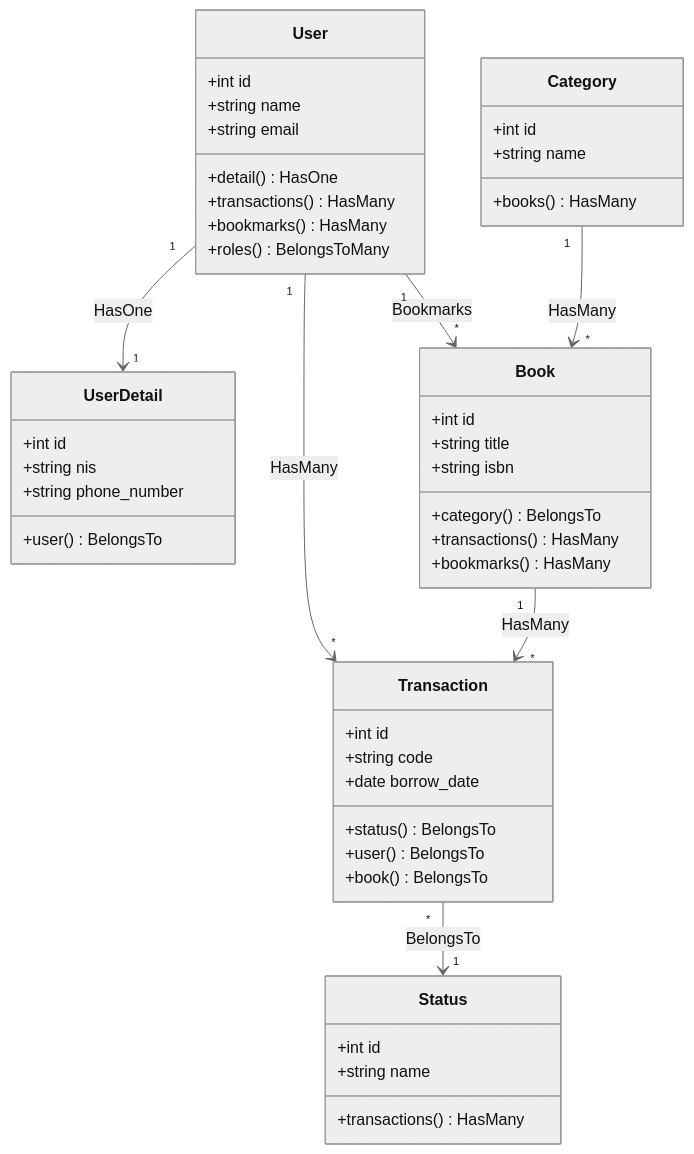
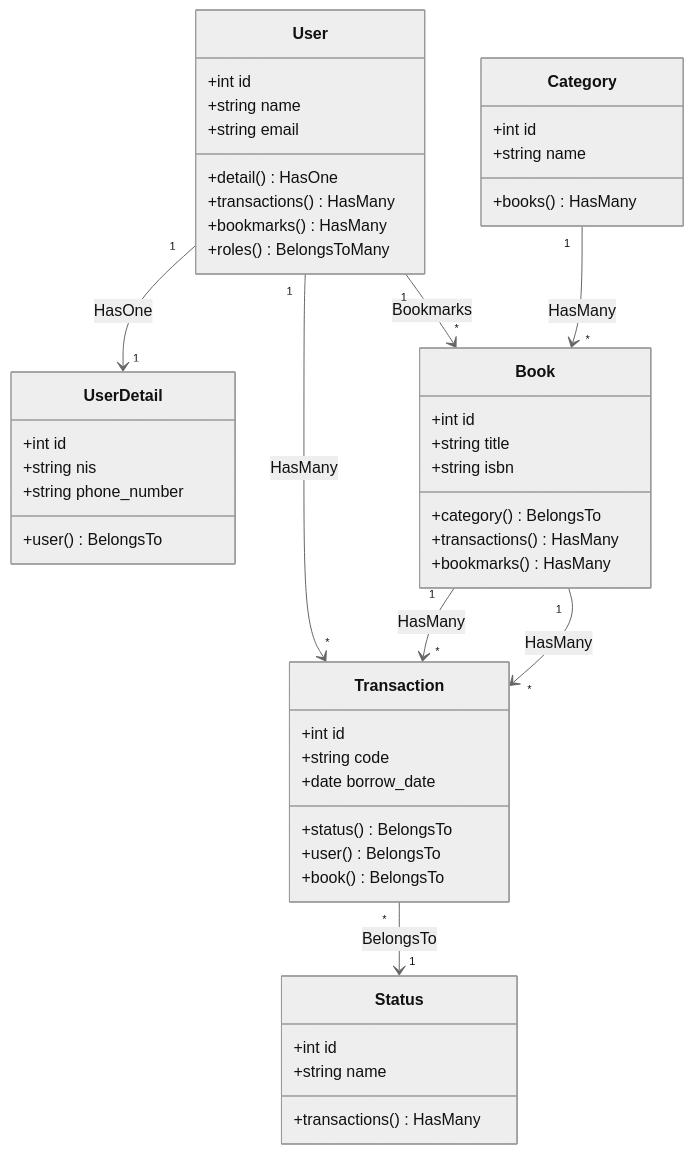
Before and after one commit to devWebs01/Filament-Perpus: the second of 4 diagrams in docs/technical.md, drawn with Mermaid (neutral theme). The commit also changed other lines of this file, not shown here.

Commit message:
docs: add ER and class diagrams to technical documentation

````diff
--- a/docs/technical.md
+++ b/docs/technical.md
@@ -124,56 +124,57 @@
 ```mermaid
 classDiagram
     class User {
         +int id
         +string name
         +string email
         +detail() HasOne
         +transactions() HasMany
         +bookmarks() HasMany
         +roles() BelongsToMany
     }
 
     class UserDetail {
         +int id
         +string nis
         +string phone_number
         +user() BelongsTo
     }
 
     class Book {
         +int id
         +string title
         +string isbn
         +category() BelongsTo
         +transactions() HasMany
         +bookmarks() HasMany
     }
 
     class Category {
         +int id
         +string name
         +books() HasMany
     }
 
     class Transaction {
         +int id
         +string code
         +date borrow_date
         +status() BelongsTo
         +user() BelongsTo
         +book() BelongsTo
     }
 
     class Status {
         +int id
         +string name
         +transactions() HasMany
     }
 
     User "1" --> "1" UserDetail : HasOne
     User "1" --> "*" Transaction : HasMany
     User "1" --> "*" Book : Bookmarks
     Category "1" --> "*" Book : HasMany
     Book "1" --> "*" Transaction : HasMany
+    Book "1" --> "*" Transaction : HasMany
     Transaction "*" --> "1" Status : BelongsTo
 ```
````
